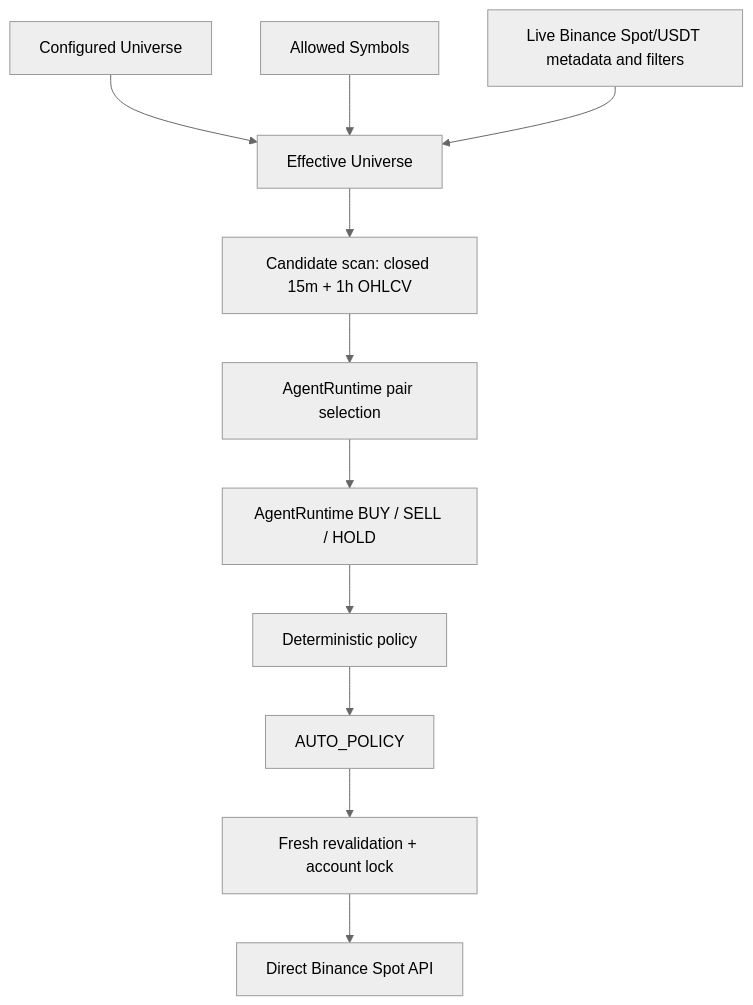
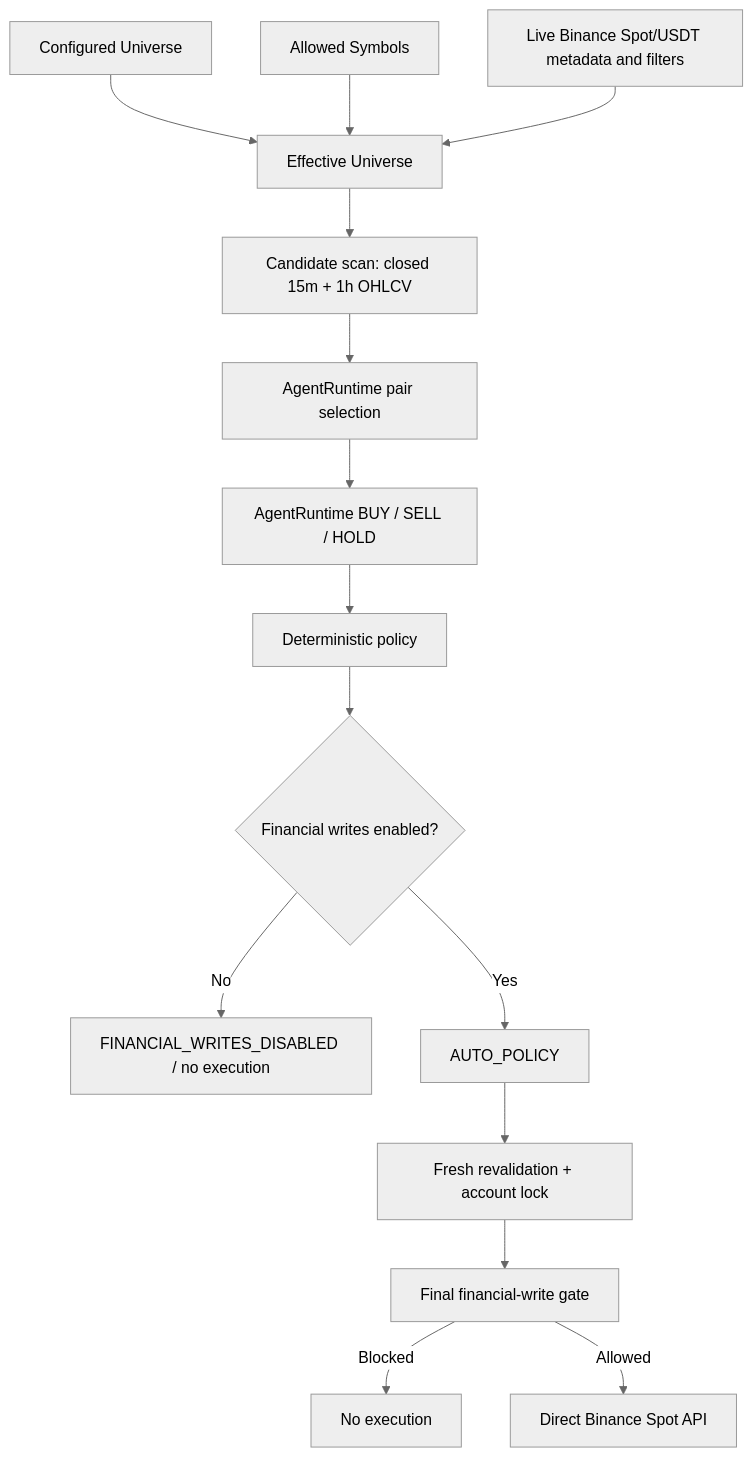
Before and after one commit to riyannode/DARWIN: the first of 2 diagrams in docs/ARCHITECTURE.md, drawn with Mermaid (neutral theme). The commit also changed other lines of this file, not shown here.

Commit message:
docs: clarify financial write gates

````diff
--- a/docs/ARCHITECTURE.md
+++ b/docs/ARCHITECTURE.md
@@ -18,13 +18,17 @@
 ```mermaid
 flowchart TD
     C[Configured Universe] --> E[Effective Universe]
     A[Allowed Symbols] --> E
     B[Live Binance Spot/USDT metadata and filters] --> E
     E --> S[Candidate scan: closed 15m + 1h OHLCV]
     S --> P[AgentRuntime pair selection]
     P --> M[AgentRuntime BUY / SELL / HOLD]
     M --> G[Deterministic policy]
-    G --> W[AUTO_POLICY]
+    G --> F{Financial writes enabled?}
+    F -->|No| N[FINANCIAL_WRITES_DISABLED / no execution]
+    F -->|Yes| W[AUTO_POLICY]
     W --> Q[Fresh revalidation + account lock]
-    Q --> R[Direct Binance Spot API]
+    Q --> Z[Final financial-write gate]
+    Z -->|Blocked| K[No execution]
+    Z -->|Allowed| R[Direct Binance Spot API]
 ```
````
